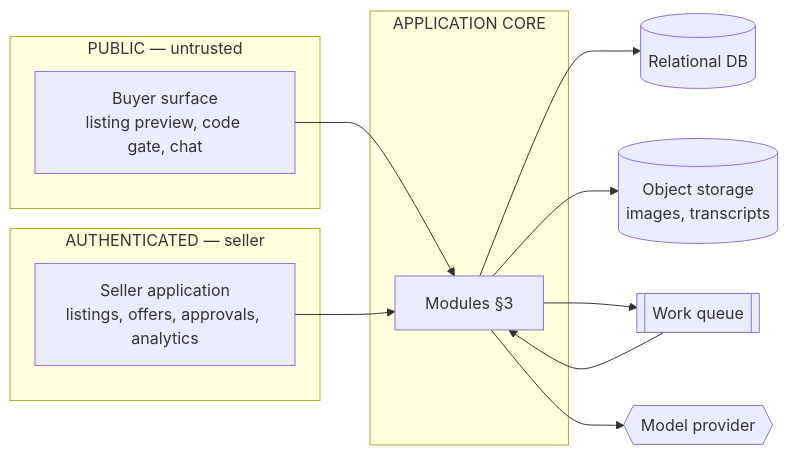
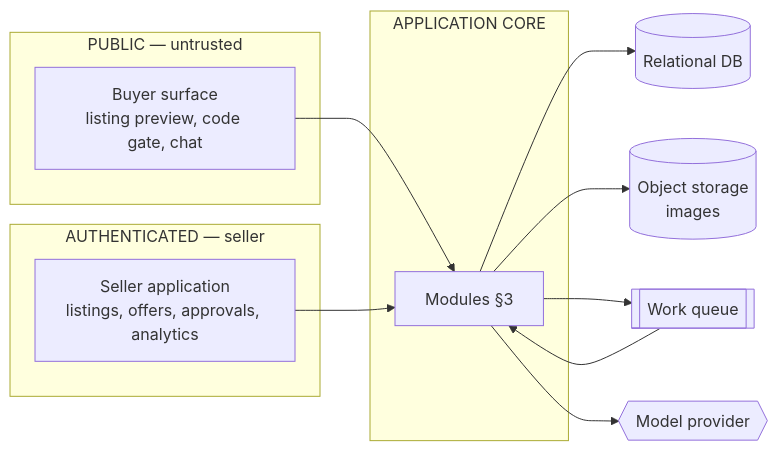
One commit to IPlayInHD/Marketplace-Auotmation changed the first of 4 diagrams in docs/architecture/ARCHITECTURE.md. Above: the diagram before and after it, drawn with Mermaid. The commit also changed other lines of this file and 20 other files, not shown here.

````diff
--- a/docs/architecture/ARCHITECTURE.md
+++ b/docs/architecture/ARCHITECTURE.md
@@ -24,23 +31,23 @@
 ```mermaid
 flowchart LR
   subgraph Public["PUBLIC — untrusted"]
     BP[Buyer surface<br/>listing preview, code gate, chat]
   end
   subgraph Private["AUTHENTICATED — seller"]
     SD[Seller application<br/>listings, offers, approvals, analytics]
   end
   subgraph Core["APPLICATION CORE"]
     MOD[Modules §3]
   end
   DB[(Relational DB)]
-  OBJ[(Object storage<br/>images, transcripts)]
+  OBJ[(Object storage<br/>images)]
   Q[[Work queue]]
   LLM{{Model provider}}
   BP --> MOD
   SD --> MOD
   MOD --> DB
   MOD --> OBJ
   MOD --> Q
   Q --> MOD
   MOD --> LLM
 ```
````
